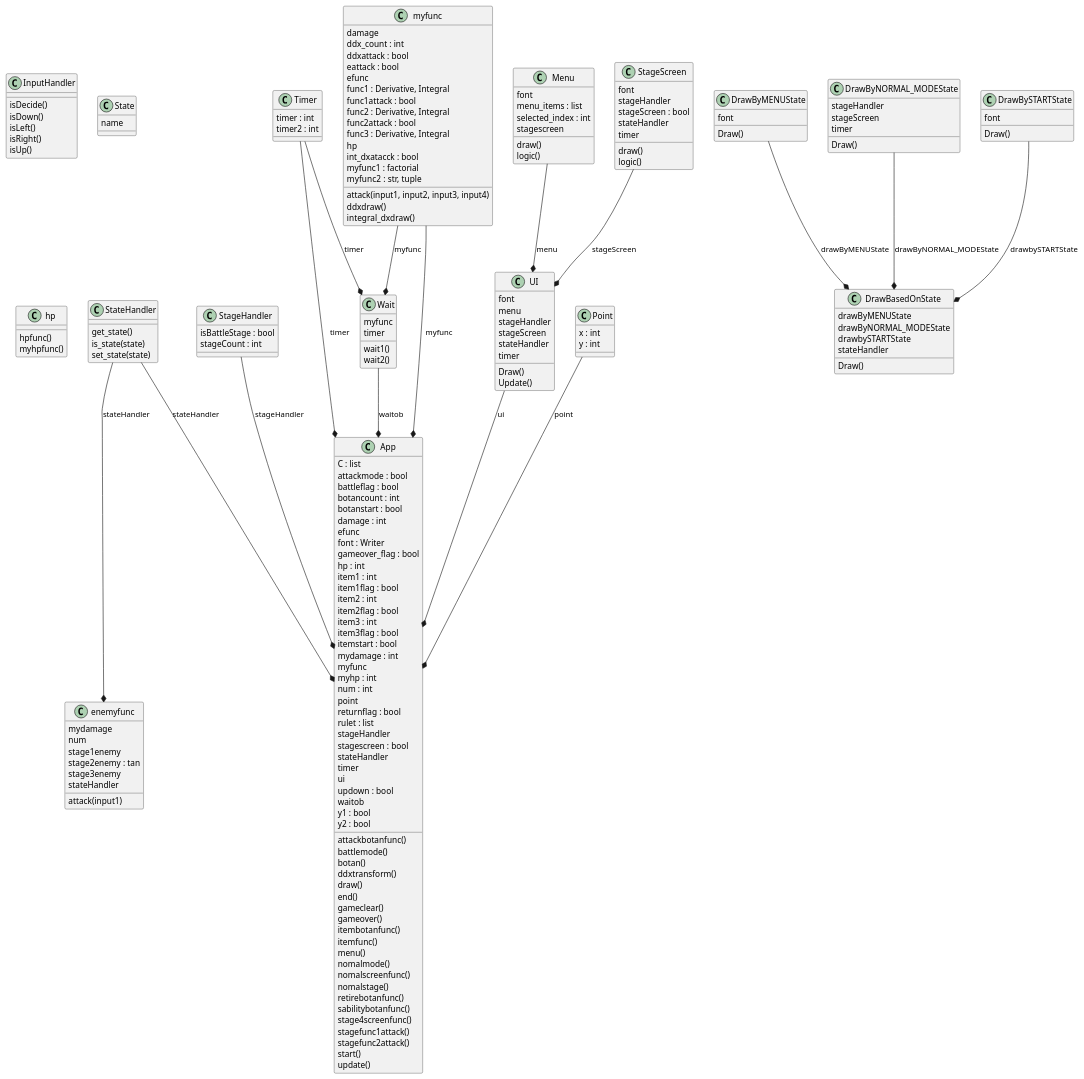
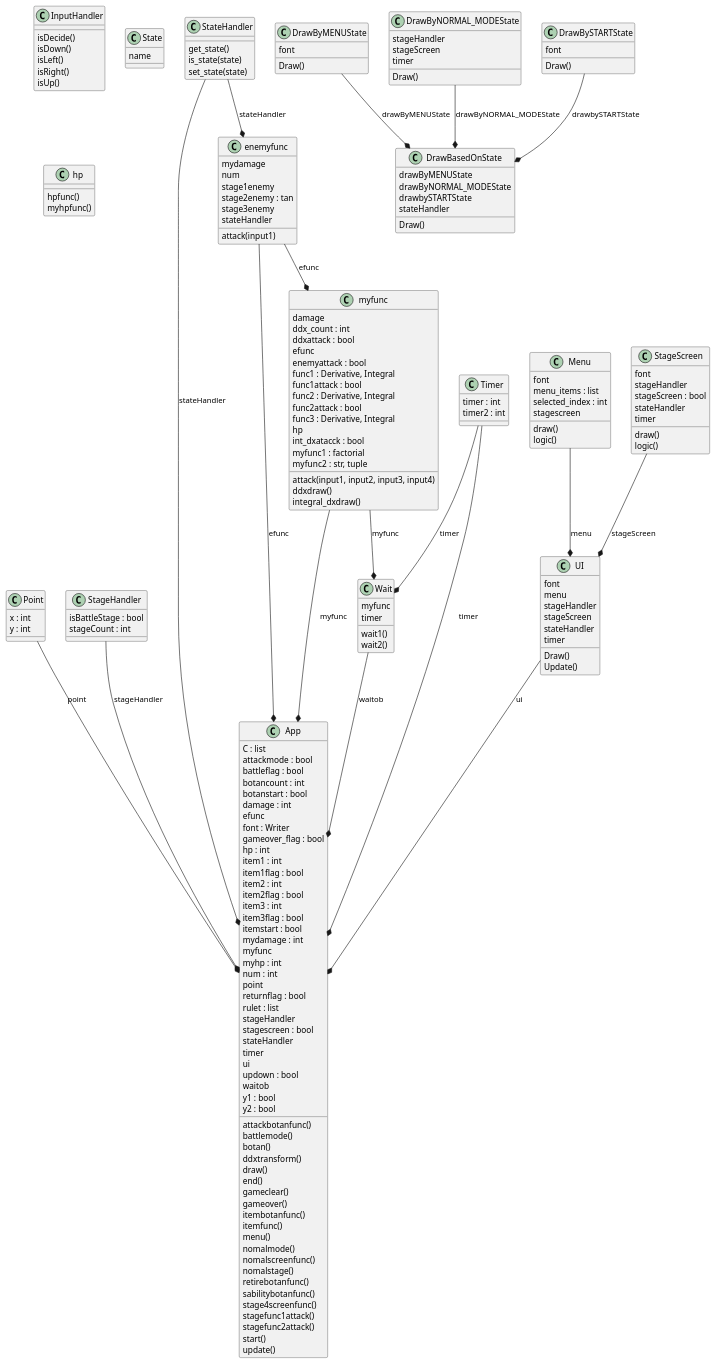
Before and after one commit to Minato-Hayakawa/ddx_rpg: the diagram in programs/main/classes.plantuml, drawn with PlantUML.

Commit message:
更新しました。

```diff
--- a/programs/main/classes.plantuml
+++ b/programs/main/classes.plantuml
@@ -1,187 +1,189 @@
 @startuml classes
 set namespaceSeparator none
 class "App" as main2.App {
   C : list
   attackmode : bool
   battleflag : bool
   botancount : int
   botanstart : bool
   damage : int
   efunc
   font : Writer
   gameover_flag : bool
   hp : int
   item1 : int
   item1flag : bool
   item2 : int
   item2flag : bool
   item3 : int
   item3flag : bool
   itemstart : bool
   mydamage : int
   myfunc
   myhp : int
   num : int
   point
   returnflag : bool
   rulet : list
   stageHandler
   stagescreen : bool
   stateHandler
   timer
   ui
   updown : bool
   waitob
   y1 : bool
   y2 : bool
   attackbotanfunc()
   battlemode()
   botan()
   ddxtransform()
   draw()
   end()
   gameclear()
   gameover()
   itembotanfunc()
   itemfunc()
   menu()
   nomalmode()
   nomalscreenfunc()
   nomalstage()
   retirebotanfunc()
   sabilitybotanfunc()
   stage4screenfunc()
   stagefunc1attack()
   stagefunc2attack()
   start()
   update()
 }
 class "DrawBasedOnState" as main2.DrawBasedOnState {
   drawByMENUState
   drawByNORMAL_MODEState
   drawbySTARTState
   stateHandler
   Draw()
 }
 class "DrawByMENUState" as main2.DrawByMENUState {
   font
   Draw()
 }
 class "DrawByNORMAL_MODEState" as main2.DrawByNORMAL_MODEState {
   stageHandler
   stageScreen
   timer
   Draw()
 }
 class "DrawBySTARTState" as main2.DrawBySTARTState {
   font
   Draw()
 }
 class "InputHandler" as main2.InputHandler {
   isDecide()
   isDown()
   isLeft()
   isRight()
   isUp()
 }
 class "Menu" as main2.UI.Menu {
   font
   menu_items : list
   selected_index : int
   stagescreen
   draw()
   logic()
 }
 class "Point" as main2.Point {
   x : int
   y : int
 }
 class "StageHandler" as main2.StageHandler {
   isBattleStage : bool
   stageCount : int
 }
 class "StageScreen" as main2.UI.StageScreen {
   font
   stageHandler
   stageScreen : bool
   stateHandler
   timer
   draw()
   logic()
 }
 class "State" as main2.State {
   name
 }
 class "StateHandler" as main2.StateHandler {
   get_state()
   is_state(state)
   set_state(state)
 }
 class "Timer" as main2.Timer {
   timer : int
   timer2 : int
 }
 class "UI" as main2.UI {
   font
   menu
   stageHandler
   stageScreen
   stateHandler
   timer
   Draw()
   Update()
 }
 class "Wait" as main2.Wait {
   myfunc
   timer
   wait1()
   wait2()
 }
 class "enemyfunc" as main2.enemyfunc {
   mydamage
   num
   stage1enemy
   stage2enemy : tan
   stage3enemy
   stateHandler
   attack(input1)
 }
 class "hp" as main2.hp {
   hpfunc()
   myhpfunc()
 }
 class "myfunc" as main2.myfunc {
   damage
   ddx_count : int
   ddxattack : bool
-  eattack : bool
   efunc
+  enemyattack : bool
   func1 : Derivative, Integral
   func1attack : bool
   func2 : Derivative, Integral
   func2attack : bool
   func3 : Derivative, Integral
   hp
   int_dxatacck : bool
   myfunc1 : factorial
   myfunc2 : str, tuple
   attack(input1, input2, input3, input4)
   ddxdraw()
   integral_dxdraw()
 }
 main2.DrawByMENUState --* main2.DrawBasedOnState : drawByMENUState
 main2.DrawByNORMAL_MODEState --* main2.DrawBasedOnState : drawByNORMAL_MODEState
 main2.DrawBySTARTState --* main2.DrawBasedOnState : drawbySTARTState
 main2.Point --* main2.App : point
 main2.StageHandler --* main2.App : stageHandler
 main2.StateHandler --* main2.App : stateHandler
 main2.StateHandler --* main2.enemyfunc : stateHandler
 main2.Timer --* main2.App : timer
 main2.Timer --* main2.Wait : timer
 main2.UI --* main2.App : ui
 main2.UI.Menu --* main2.UI : menu
 main2.UI.StageScreen --* main2.UI : stageScreen
 main2.Wait --* main2.App : waitob
+main2.enemyfunc --* main2.App : efunc
+main2.enemyfunc --* main2.myfunc : efunc
 main2.myfunc --* main2.App : myfunc
 main2.myfunc --* main2.Wait : myfunc
 @enduml
```
